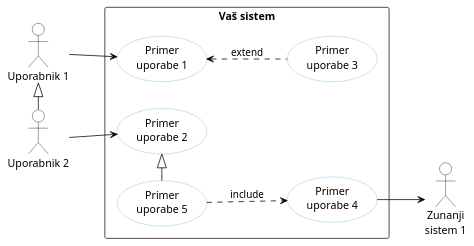
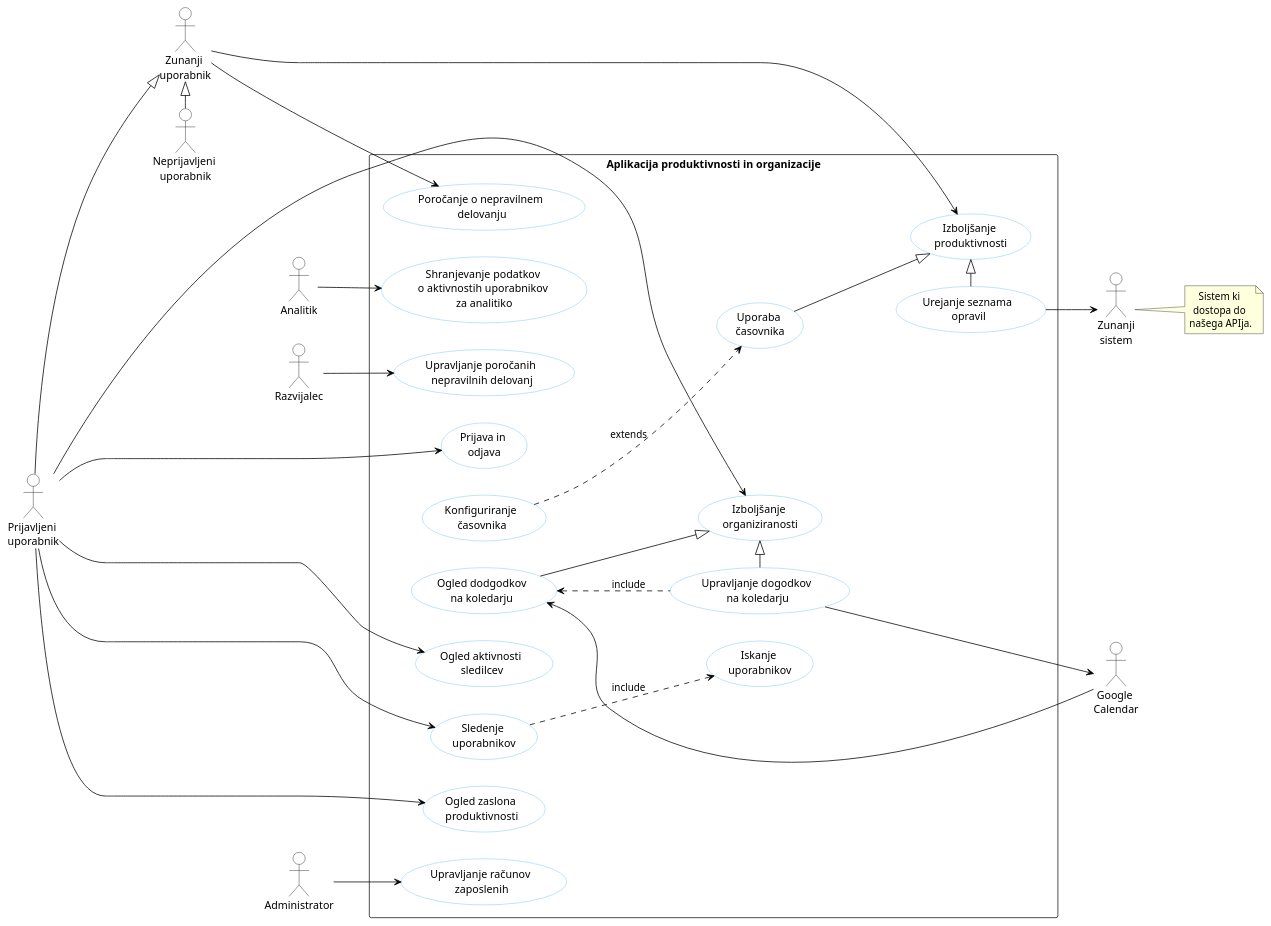
One commit to juremrzek/ProductivityApp changed the diagram in docs/gradivo/plantuml/DPU.puml. Above: the diagram before and after it, drawn with PlantUML.

```diff
--- a/docs/gradivo/plantuml/DPU.puml
+++ b/docs/gradivo/plantuml/DPU.puml
@@ -1,37 +1,72 @@
-@startuml DPU
-
+@startuml
 skinparam backgroundcolor transparent
 skinparam defaultTextAlignment center
 skinparam usecase {
   backgroundColor white
   borderColor #5FB8EC
   arrowColor black
 }
 skinparam actorBorderColor black
 skinparam actorBackgroundColor white
 
 left to right direction
 
-actor "Uporabnik 1" AS U1
-actor "Uporabnik 2" AS U2
-actor "Zunanji\nsistem 1" AS S1
+actor "Zunanji \nuporabnik" AS ZU
+actor "Prijavljeni \nuporabnik" AS PRUp
+actor "Neprijavljeni \nuporabnik" AS NPU
+actor "Administrator" AS ADMIN
+actor "Analitik" AS ANAL
+actor "Razvijalec" AS DEV
+actor "Zunanji\nsistem" AS S1
+note right of S1 : Sistem ki \ndostopa do \nnašega APIja.
+actor "Google \nCalendar" AS GOOG
 
-rectangle "Vaš sistem" {
-  usecase "Primer\nuporabe 1" AS PU1
-  usecase "Primer\nuporabe 2" AS PU2
-  usecase "Primer\nuporabe 3" AS PU3
-  usecase "Primer\nuporabe 4" AS PU4
-  usecase "Primer\nuporabe 5" AS PU5
+rectangle "Aplikacija produktivnosti in organizacije" {
+  usecase "Uporaba \nčasovnika" AS PU1
+  usecase "Konfiguriranje \nčasovnika" AS PU2
+  usecase "Prijava in \nodjava" AS PU3
+  usecase "Ogled aktivnosti \nsledilcev" AS PU4
+  usecase "Upravljanje računov \nzaposlenih" AS PU5
+  usecase "Urejanje seznama \nopravil" AS PU6
+  usecase "Sledenje \nuporabnikov" AS PU7
+  usecase "Iskanje \nuporabnikov" AS PU8
+  usecase "Ogled zaslona \nproduktivnosti" AS PU9
+  usecase "Poročanje o nepravilnem \ndelovanju" AS PU10
+  usecase "Ogled dodgodkov\nna koledarju" AS PU11
+  usecase "Upravljanje dogodkov \nna koledarju" AS PU12
+  usecase "Upravljanje poročanih \nnepravilnih delovanj" AS PU13
+  usecase "Shranjevanje podatkov \no aktivnostih uporabnikov \nza analitiko" AS PU14
+  usecase "Izboljšanje \nproduktivnosti" AS PU15
+  usecase "Izboljšanje \norganiziranosti" AS PU16
 }
 
-U2 -left-|> U1
+PRUp ---|> ZU
+NPU -left-|> ZU
 
-U1 -> (PU1)
-U2 --> (PU2)
-(PU4) -down-> S1
+DEV --> (PU13)
+ANAL --> (PU14)
+ADMIN --> (PU5)
 
-(PU3) .up.> (PU1) : extend
-(PU5) ..> (PU4) : include
-(PU5) -right-|> (PU2)
+PRUp -> (PU4)
+PRUp --> (PU16)
+PRUp -> (PU7)
+PRUp -> (PU9)
+PRUp -> (PU3)
 
+ZU -right-> (PU15)
+ZU ---> (PU10)
+
+(PU6) -down-> S1
+GOOG -left-> (PU11)
+(PU12) ---> GOOG
+
+(PU7) ..> (PU8) : include
+(PU12) .up.> (PU11) : include
+(PU2) ..> (PU1) : extends
+
+(PU1) -down-|> (PU15)
+(PU6) -|> (PU15)
+
+(PU11) -down-|> (PU16)
+(PU12) -|> (PU16)
 @enduml
```
